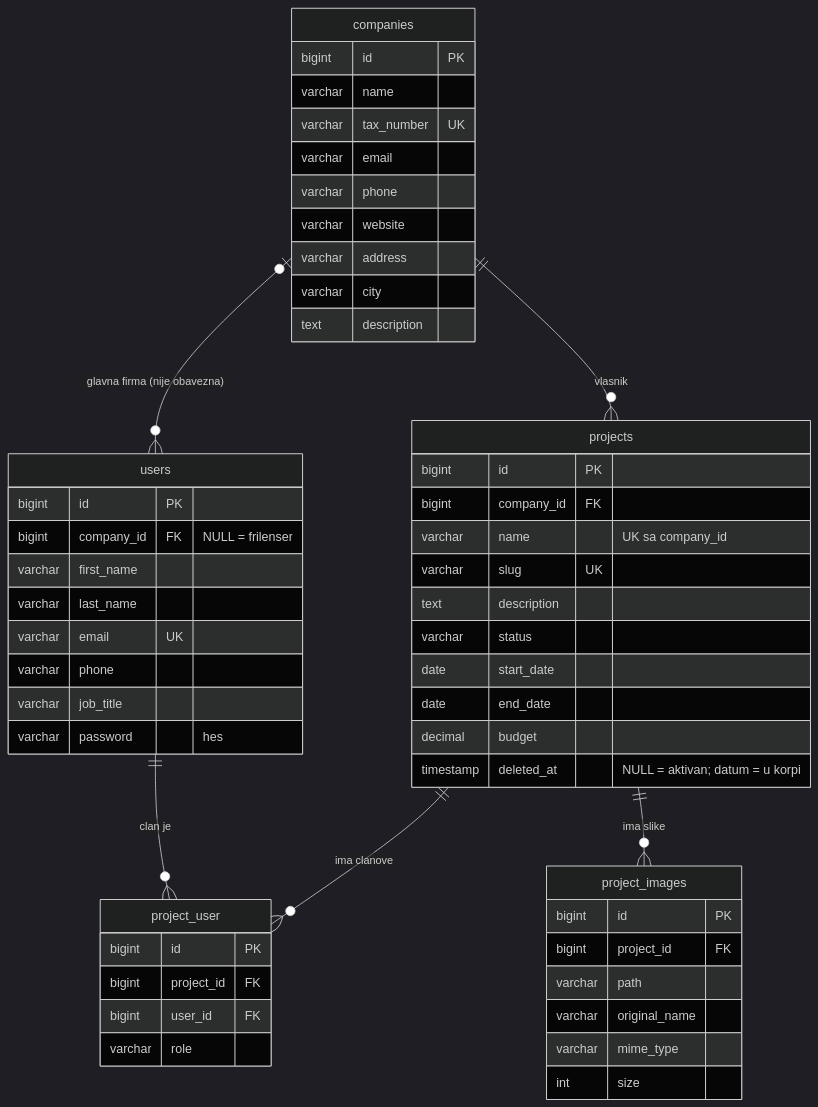
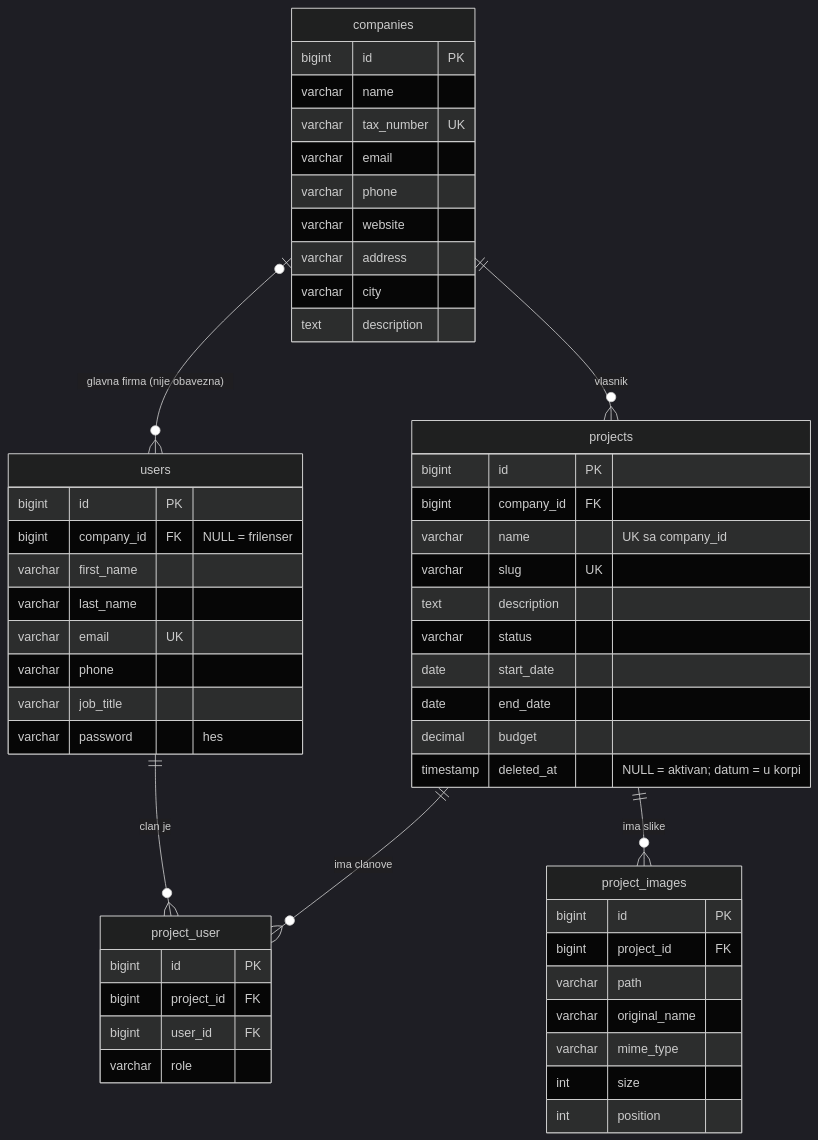
One commit to Muhamed254683/company-projects changed the diagram in docs/baza.md. Above: the diagram before and after it, drawn with Mermaid (dark theme). The commit also changed other lines of this file and 20 other files, not shown here.

````diff
--- a/docs/baza.md
+++ b/docs/baza.md
@@ -10,56 +10,57 @@
 ```mermaid
 erDiagram
     companies |o--o{ users : "glavna firma (nije obavezna)"
     companies ||--o{ projects : "vlasnik"
     projects ||--o{ project_user : "ima clanove"
     users ||--o{ project_user : "clan je"
     projects ||--o{ project_images : "ima slike"
 
     companies {
         bigint id PK
         varchar name
         varchar tax_number UK
         varchar email
         varchar phone
         varchar website
         varchar address
         varchar city
         text description
     }
     users {
         bigint id PK
         bigint company_id FK "NULL = frilenser"
         varchar first_name
         varchar last_name
         varchar email UK
         varchar phone
         varchar job_title
         varchar password "hes"
     }
     projects {
         bigint id PK
         bigint company_id FK
         varchar name "UK sa company_id"
         varchar slug UK
         text description
         varchar status
         date start_date
         date end_date
         decimal budget
         timestamp deleted_at "NULL = aktivan; datum = u korpi"
     }
     project_user {
         bigint id PK
         bigint project_id FK
         bigint user_id FK
         varchar role
     }
     project_images {
         bigint id PK
         bigint project_id FK
         varchar path
         varchar original_name
         varchar mime_type
         int size
+        int position
     }
 ```
````
